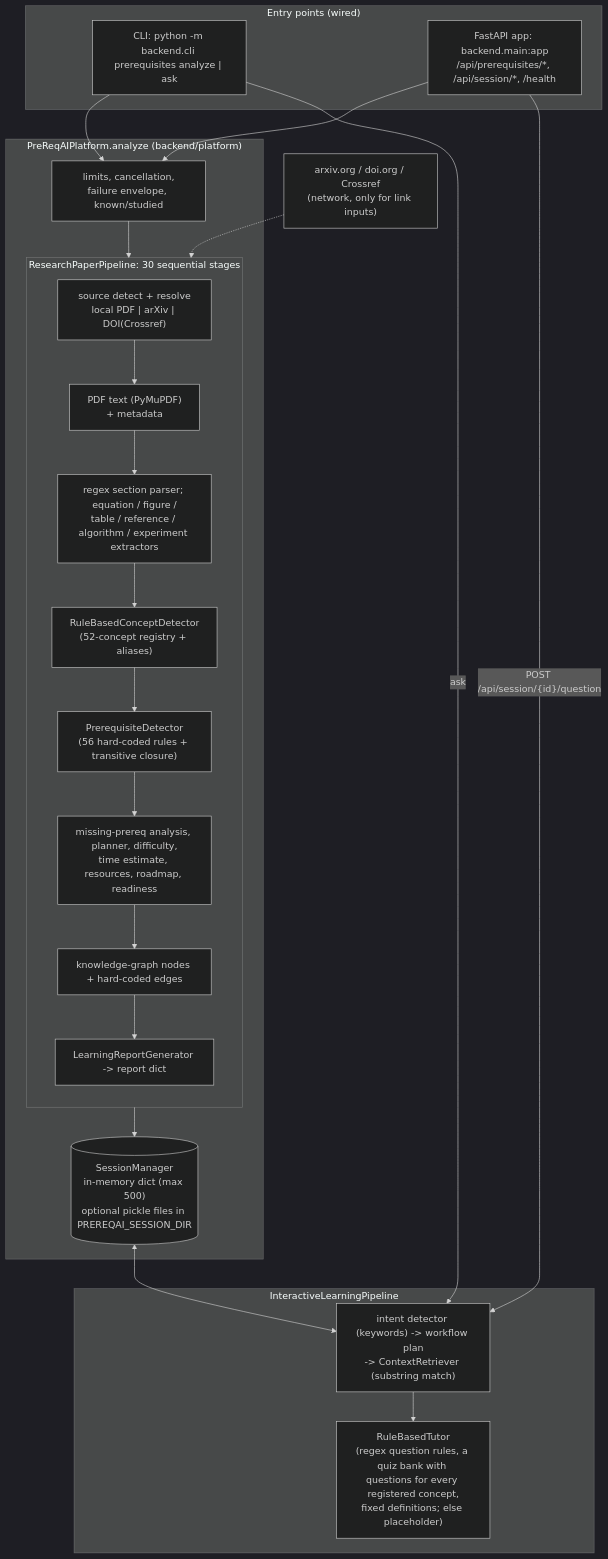
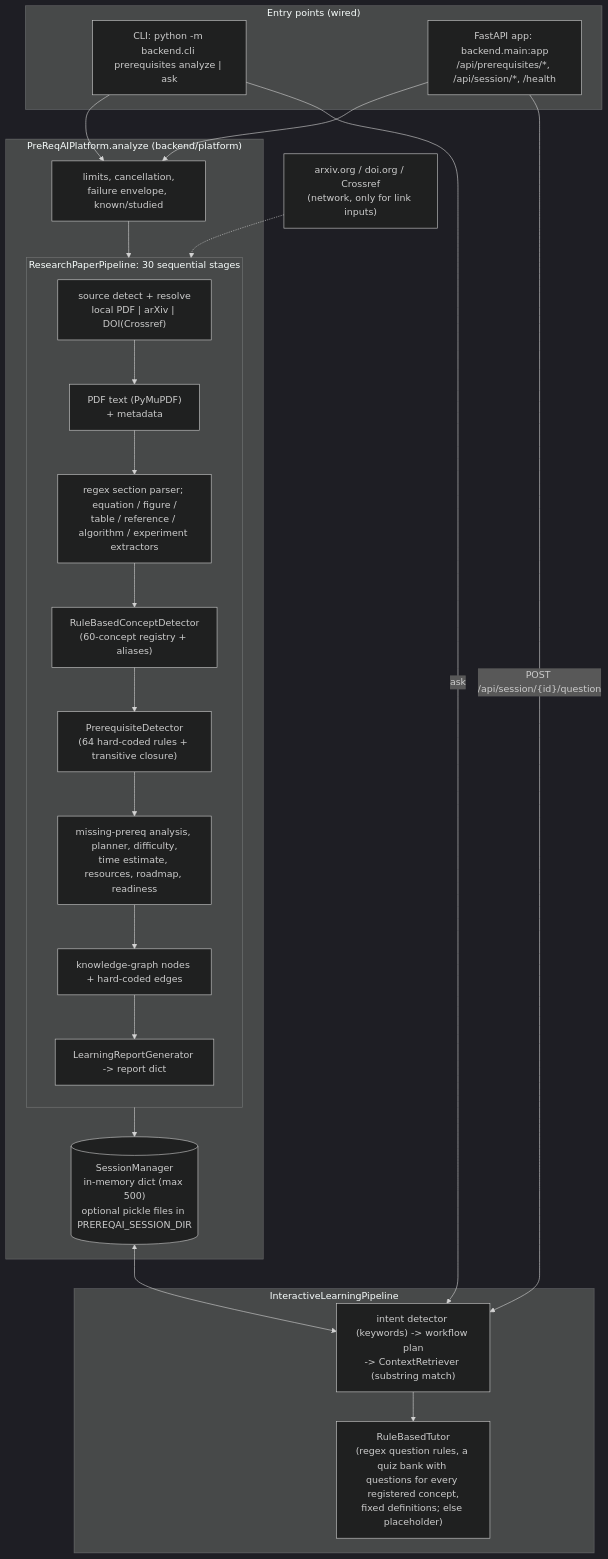
One commit to 23f2003574/PreReqAI changed the first of 2 diagrams in ARCHITECTURE.md. Above: the diagram before and after it, drawn with Mermaid (dark theme). The commit also changed other lines of this file and 6 other files, not shown here.

````diff
--- a/ARCHITECTURE.md
+++ b/ARCHITECTURE.md
@@ -26,40 +26,40 @@
 ```mermaid
 flowchart TD
     subgraph Entry["Entry points (wired)"]
         CLI["CLI: python -m backend.cli prerequisites analyze | ask"]
         HTTP["FastAPI app: backend.main:app<br/>/api/prerequisites/*, /api/session/*, /health"]
     end
 
     CLI --> PLAT
     HTTP --> PLAT
 
     subgraph Core["PreReqAIPlatform.analyze (backend/platform)"]
         PLAT["limits, cancellation,<br/>failure envelope, known/studied"]
         PLAT --> PIPE
         subgraph PIPE["ResearchPaperPipeline: 30 sequential stages"]
             direction TB
             S1["source detect + resolve<br/>local PDF | arXiv | DOI(Crossref)"]
             S2["PDF text (PyMuPDF)<br/>+ metadata"]
             S3["regex section parser; equation / figure /<br/>table / reference / algorithm / experiment extractors"]
-            S4["RuleBasedConceptDetector<br/>(52-concept registry + aliases)"]
-            S5["PrerequisiteDetector<br/>(56 hard-coded rules + transitive closure)"]
+            S4["RuleBasedConceptDetector<br/>(60-concept registry + aliases)"]
+            S5["PrerequisiteDetector<br/>(64 hard-coded rules + transitive closure)"]
             S6["missing-prereq analysis, planner, difficulty,<br/>time estimate, resources, roadmap, readiness"]
             S7["knowledge-graph nodes + hard-coded edges"]
             S8["LearningReportGenerator -> report dict"]
             S1 --> S2 --> S3 --> S4 --> S5 --> S6 --> S7 --> S8
         end
         PIPE --> SM
     end
 
     SM[("SessionManager<br/>in-memory dict (max 500)<br/>optional pickle files in PREREQAI_SESSION_DIR")]
 
     HTTP -->|"POST /api/session/{id}/question"| ILP
     CLI -->|"ask"| ILP
     SM <--> ILP
     subgraph Tutor["InteractiveLearningPipeline"]
         ILP["intent detector (keywords) -> workflow plan<br/>-> ContextRetriever (substring match)"]
         ILP --> RBT["RuleBasedTutor<br/>(regex question rules, a quiz bank with questions for every registered concept,<br/>fixed definitions; else placeholder)"]
     end
 
     ext1["arxiv.org / doi.org / Crossref<br/>(network, only for link inputs)"] -.-> S1
 ```
````
